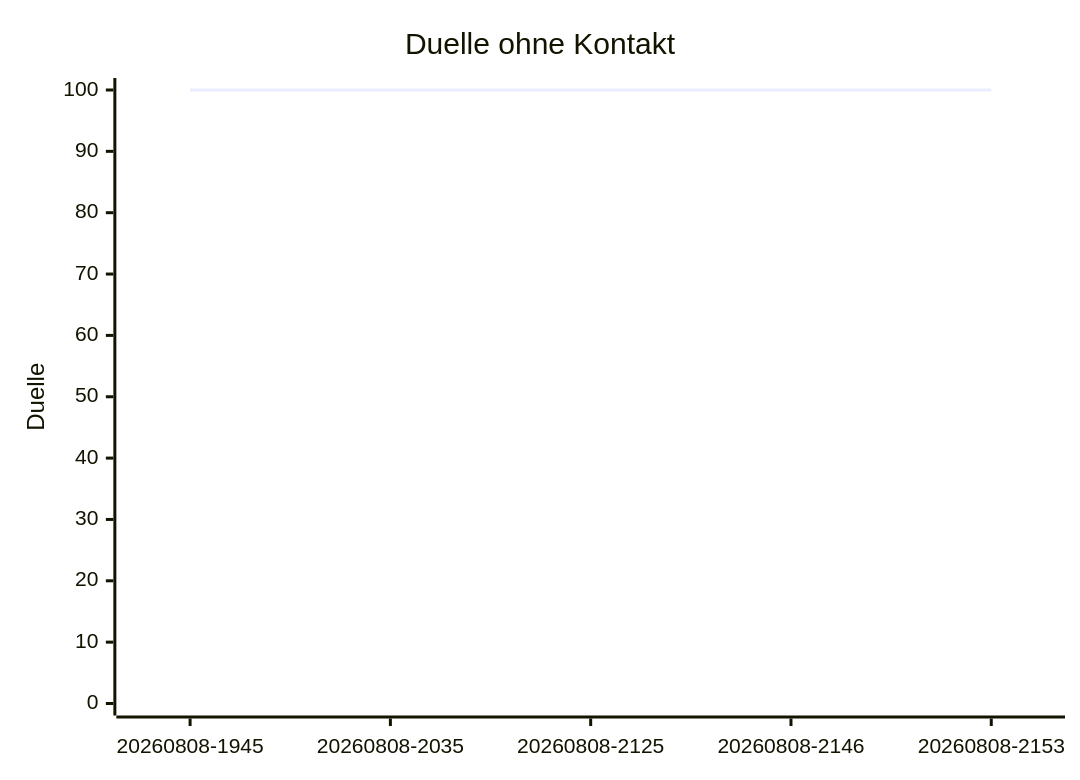
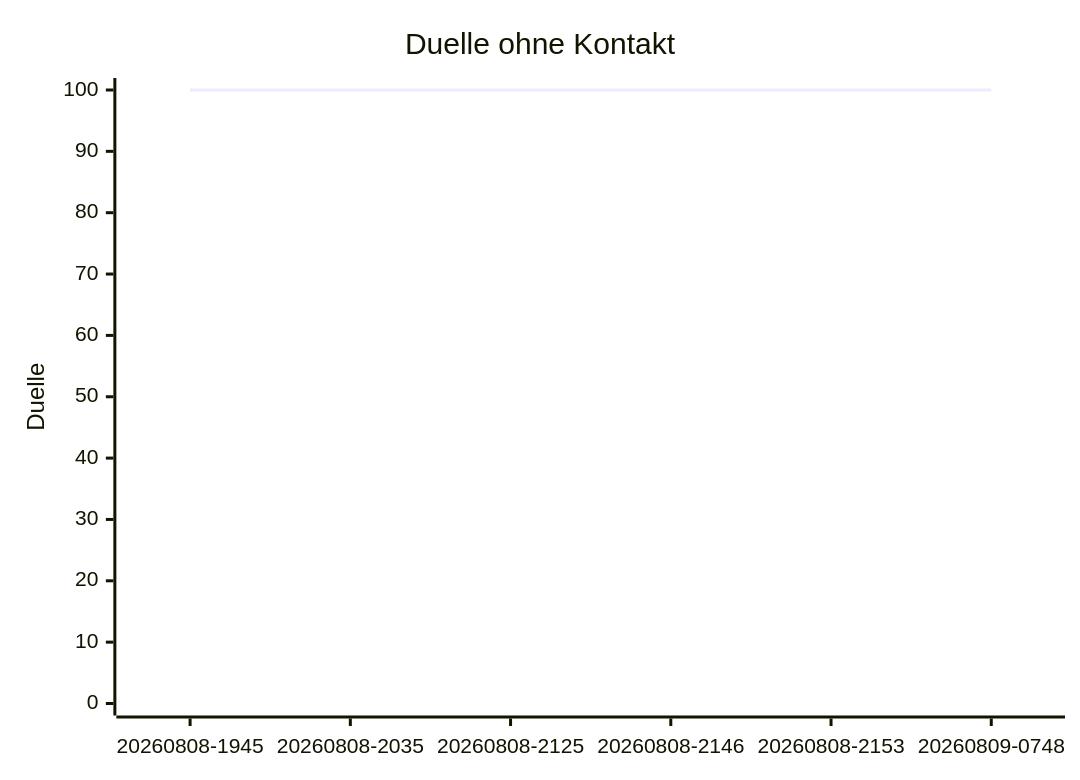
Before and after one commit to arn-c0de/Project_Nova: the second of 3 diagrams in tools/Nova.AiLab/reports/README.md, drawn with Mermaid. The commit also changed other lines of this file and 134 other files, not shown here.

````diff
--- a/tools/Nova.AiLab/reports/README.md
+++ b/tools/Nova.AiLab/reports/README.md
@@ -59,7 +60,7 @@
 ```mermaid
 xychart-beta
     title "Duelle ohne Kontakt"
-    x-axis ["20260808-1945", "20260808-2035", "20260808-2125", "20260808-2146", "20260808-2153"]
+    x-axis ["20260808-1945", "20260808-2035", "20260808-2125", "20260808-2146", "20260808-2153", "20260809-0748"]
     y-axis "Duelle" 0 --> 100
-    line [100, 100, 100, 100, 100]
+    line [100, 100, 100, 100, 100, 100]
 ```
````
